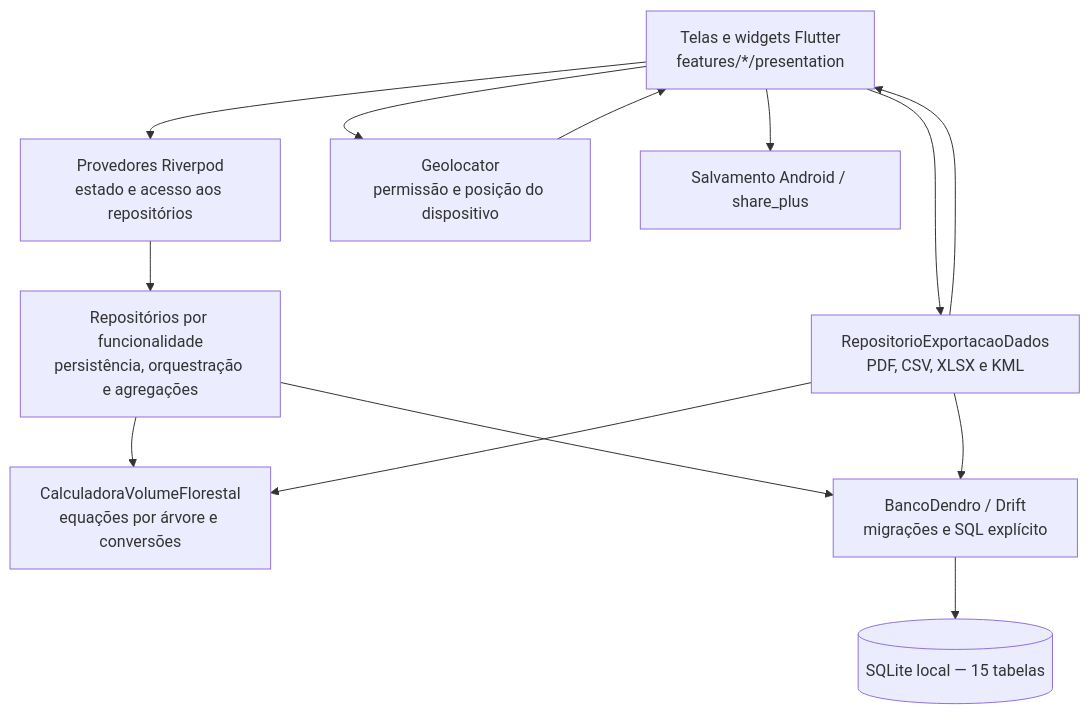
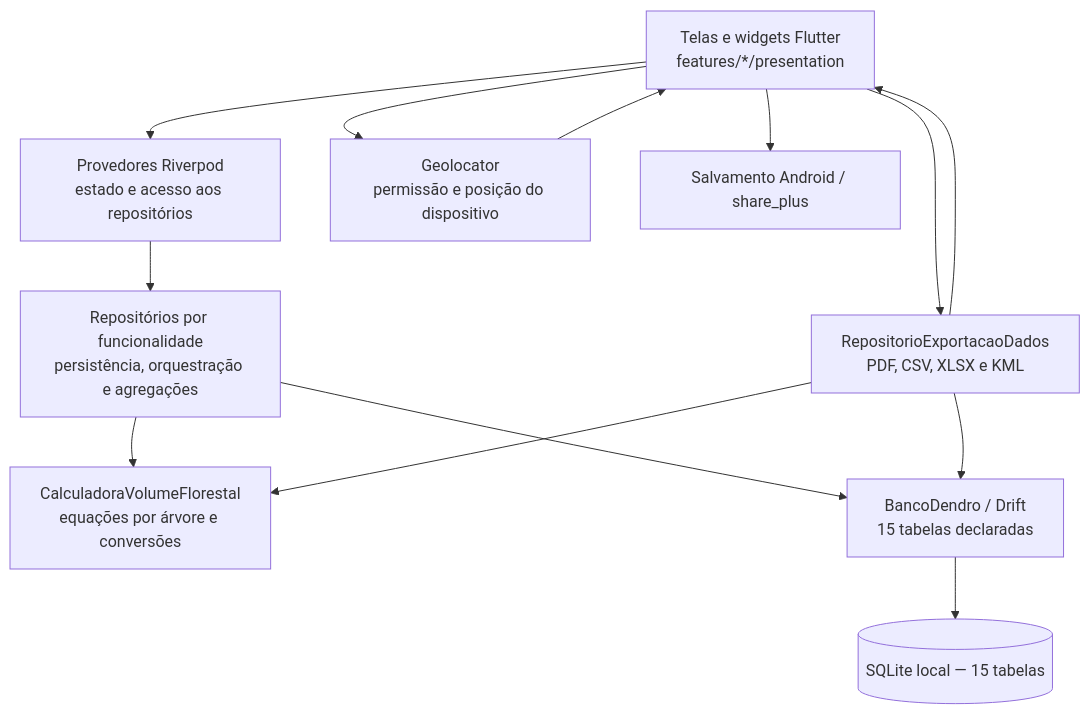
Before and after one commit to mateushernandes10-droid/dendro_mobile: the diagram in tcc_codex_context/docs/diagrams/02_arquitetura.mmd, drawn with Mermaid. The commit also changed 60 other files, not shown here.

```diff
--- a/tcc_codex_context/docs/diagrams/02_arquitetura.mmd
+++ b/tcc_codex_context/docs/diagrams/02_arquitetura.mmd
@@ -1,22 +1,22 @@
 flowchart TB
     UI["Telas e widgets Flutter<br/>features/*/presentation"]
     RP["Provedores Riverpod<br/>estado e acesso aos repositórios"]
     REPO["Repositórios por funcionalidade<br/>persistência, orquestração e agregações"]
     CALC["CalculadoraVolumeFlorestal<br/>equações por árvore e conversões"]
-    DB["BancoDendro / Drift<br/>migrações e SQL explícito"]
+    DB["BancoDendro / Drift<br/>15 tabelas declaradas"]
     SQL[("SQLite local — 15 tabelas")]
     GEO["Geolocator<br/>permissão e posição do dispositivo"]
     EXPORT["RepositorioExportacaoDados<br/>PDF, CSV, XLSX e KML"]
     FILE["Salvamento Android / share_plus"]
     UI --> RP
     RP --> REPO
     REPO --> DB
     DB --> SQL
     REPO --> CALC
     UI --> GEO
     GEO --> UI
     UI --> EXPORT
     EXPORT --> DB
     EXPORT --> CALC
     UI --> FILE
     EXPORT --> UI
```
